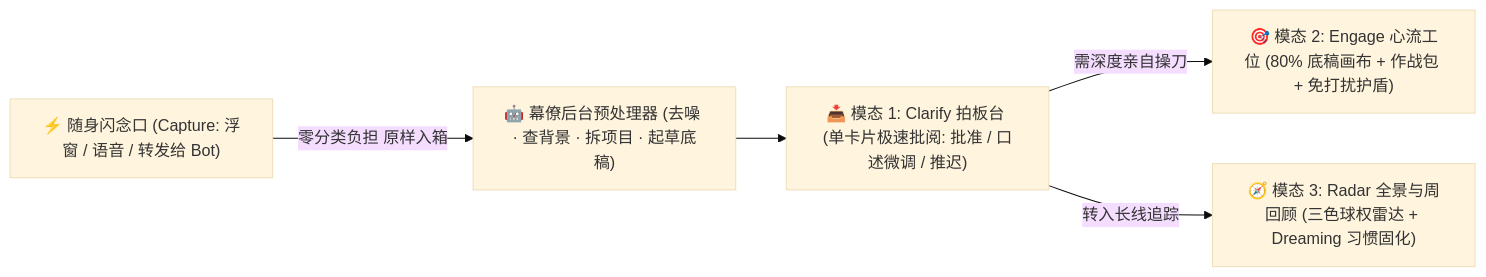
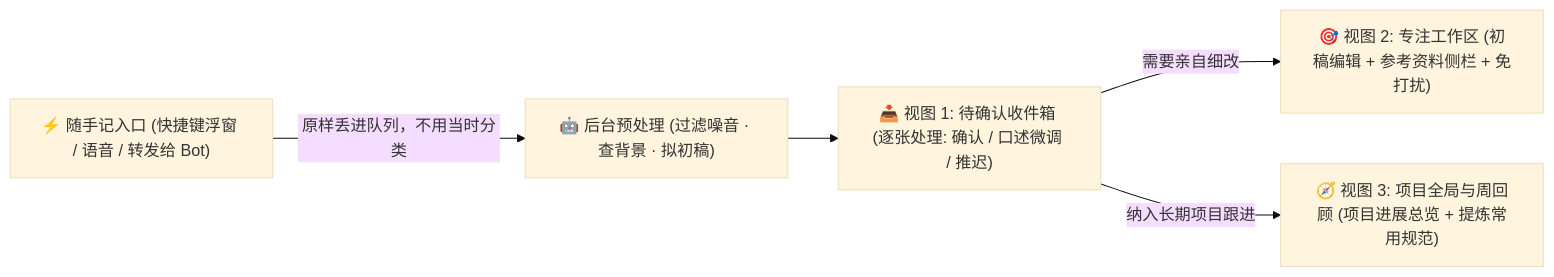
One commit to project-aoi/ng-agents changed the diagram in docs/03-gtd-agent-product-vision.md. Above: the diagram before and after it, drawn with Mermaid (base theme). The commit also changed other lines of this file and 4 other files, not shown here.

````diff
--- a/docs/03-gtd-agent-product-vision.md
+++ b/docs/03-gtd-agent-product-vision.md
@@ -58,8 +58,8 @@
 ```mermaid
 flowchart LR
-    Cap["⚡ 随身闪念口 (Capture: 浮窗 / 语音 / 转发给 Bot)"] -->|"零分类负担 原样入箱"| Bg["🤖 幕僚后台预处理器 (去噪 · 查背景 · 拆项目 · 起草底稿)"]
+    Cap["⚡ 随手记入口 (快捷键浮窗 / 语音 / 转发给 Bot)"] -->|"原样丢进队列，不用当时分类"| Bg["🤖 后台预处理 (过滤噪音 · 查背景 · 拟初稿)"]
 
-    Bg --> M1["📥 模态 1: Clarify 拍板台 (单卡片极速批阅: 批准 / 口述微调 / 推迟)"]
-    M1 -->|"需深度亲自操刀"| M2["🎯 模态 2: Engage 心流工位 (80% 底稿画布 + 作战包 + 免打扰护盾)"]
-    M1 -->|"转入长线追踪"| M3["🧭 模态 3: Radar 全景与周回顾 (三色球权雷达 + Dreaming 习惯固化)"]
+    Bg --> M1["📥 视图 1: 待确认收件箱 (逐张处理: 确认 / 口述微调 / 推迟)"]
+    M1 -->|"需要亲自细改"| M2["🎯 视图 2: 专注工作区 (初稿编辑 + 参考资料侧栏 + 免打扰)"]
+    M1 -->|"纳入长期项目跟进"| M3["🧭 视图 3: 项目全局与周回顾 (项目进展总览 + 提炼常用规范)"]
 ```
````
